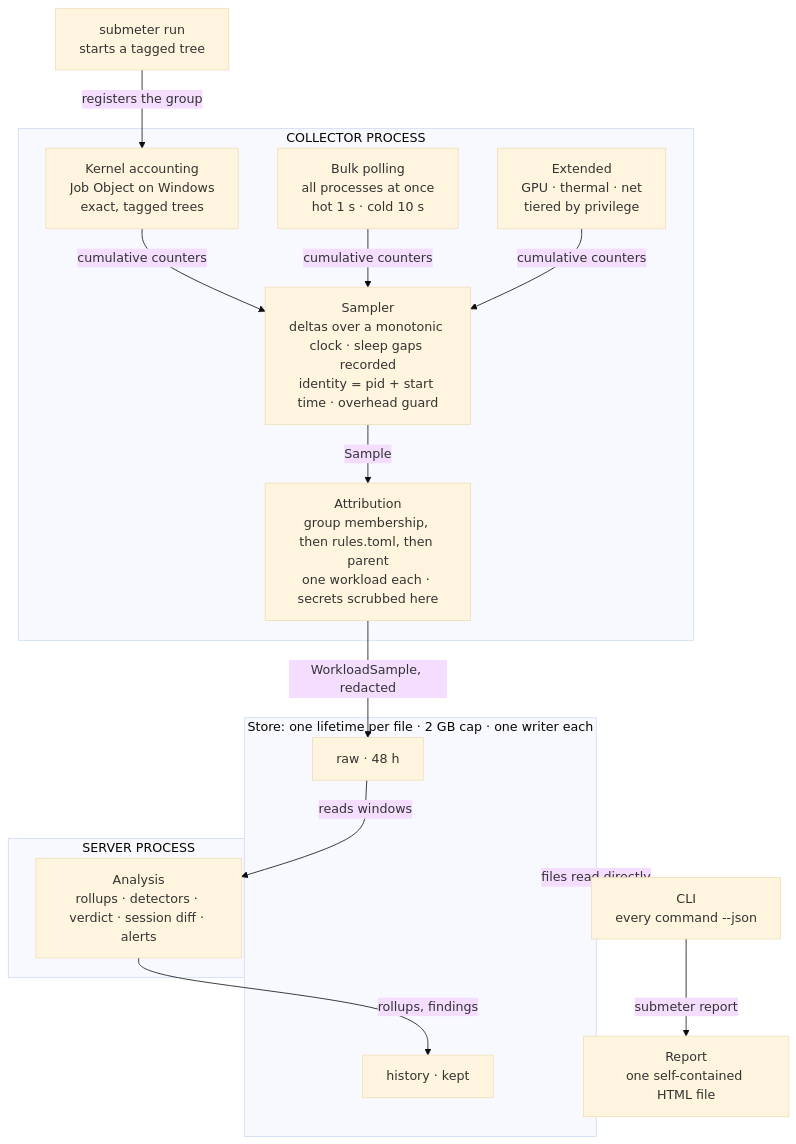
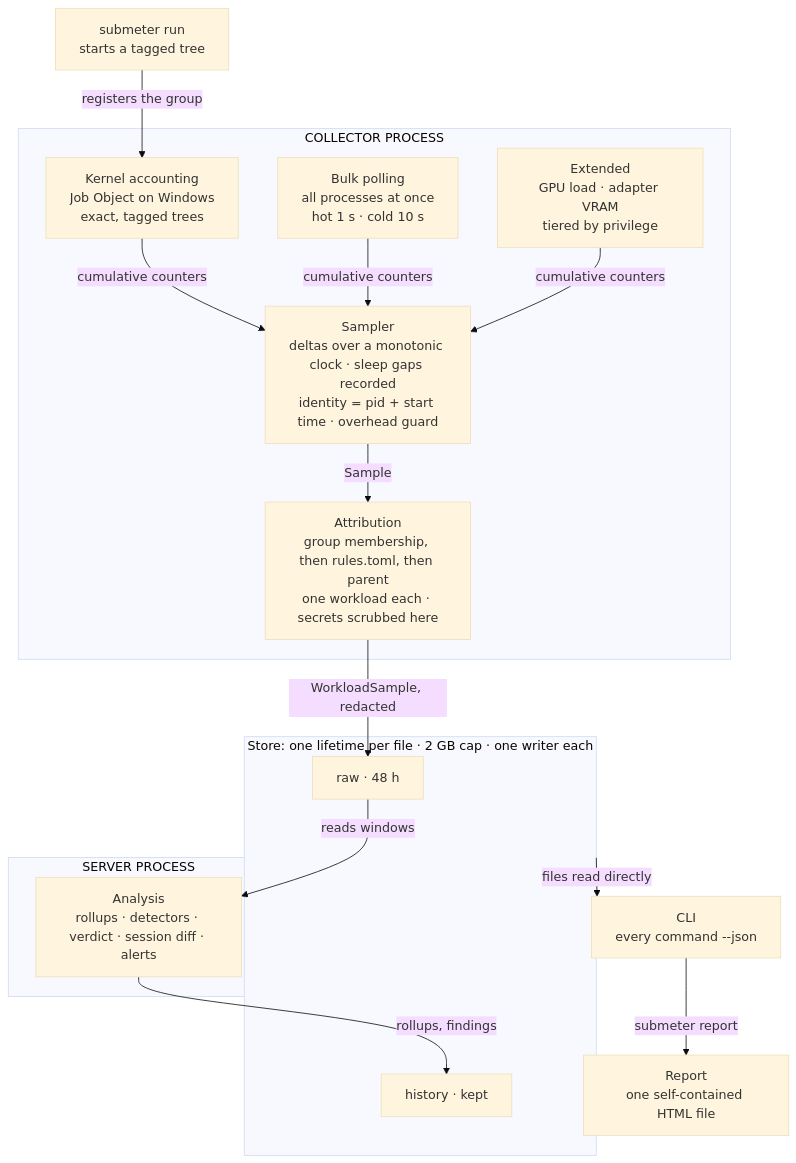
Before and after one commit to therealestmatthew/submeter-pc-monitor: the diagram in docs/05-data-flow.md, drawn with Mermaid (base theme). The commit also changed other lines of this file and 13 other files, not shown here.

First line of the commit message:
R148: Trim phase 5 to GPU load and adapter VRAM

````diff
--- a/docs/05-data-flow.md
+++ b/docs/05-data-flow.md
@@ -7,30 +7,30 @@
 ```mermaid
 flowchart TD
     run["submeter run<br/>starts a tagged tree"]
     subgraph collector["COLLECTOR PROCESS"]
         ka["Kernel accounting<br/>Job Object on Windows<br/>exact, tagged trees"]
         bp["Bulk polling<br/>all processes at once<br/>hot 1 s · cold 10 s"]
-        ex["Extended<br/>GPU · thermal · net<br/>tiered by privilege"]
+        ex["Extended<br/>GPU load · adapter VRAM<br/>tiered by privilege"]
         sampler["Sampler<br/>deltas over a monotonic clock · sleep gaps recorded<br/>identity = pid + start time · overhead guard"]
         attribution["Attribution<br/>group membership, then rules.toml, then parent<br/>one workload each · secrets scrubbed here"]
     end
     subgraph store["Store: one lifetime per file · 2 GB cap · one writer each"]
         raw["raw · 48 h"]
         history["history · kept"]
     end
     subgraph server["SERVER PROCESS"]
         analysis["Analysis<br/>rollups · detectors · verdict · session diff · alerts"]
     end
     cli["CLI<br/>every command --json"]
     report["Report<br/>one self-contained HTML file"]
     run -->|registers the group| ka
     ka -->|cumulative counters| sampler
     bp -->|cumulative counters| sampler
     ex -->|cumulative counters| sampler
     sampler -->|Sample| attribution
     attribution -->|WorkloadSample, redacted| raw
     raw -->|reads windows| analysis
     analysis -->|rollups, findings| history
     store -->|files read directly| cli
     cli -->|submeter report| report
 ```
````
